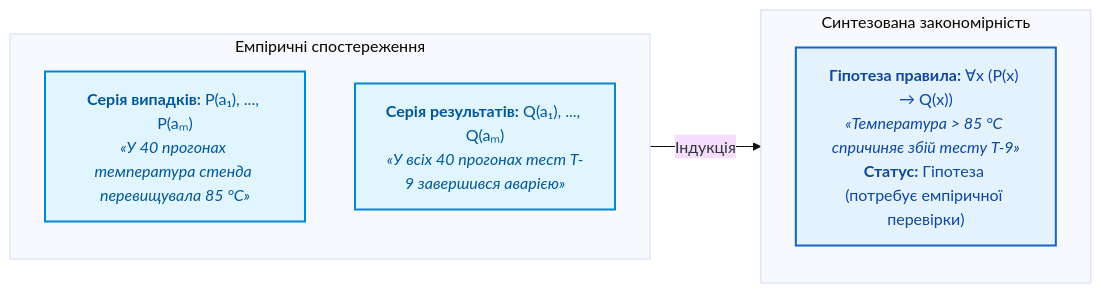
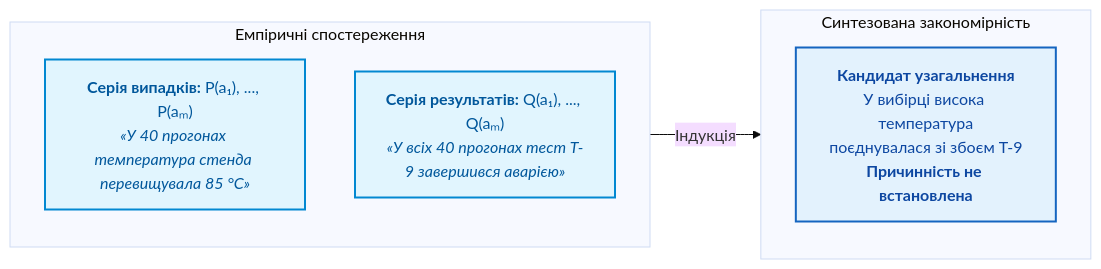
One commit to nick-fedchik/articles changed the third of 13 diagrams in ExpertSystem/ch06-applied-mathematics-for-expert-systems.md. Above: the diagram before and after it, drawn with Mermaid (base theme). The commit also changed other lines of this file and 19 other files, not shown here.

````diff
--- a/ExpertSystem/ch06-applied-mathematics-for-expert-systems.md
+++ b/ExpertSystem/ch06-applied-mathematics-for-expert-systems.md
@@ -559,22 +595,22 @@
 ```mermaid
 flowchart LR
     accTitle: Індуктивне узагальнення за Чарльзом Пірсом
     accDescr: Індукція на основі емпіричних спостережень формулює гіпотезу загального правила.
 
     subgraph Observations["Емпіричні спостереження"]
         direction TB
         I_C["<b>Серія випадків:</b> P(a₁), ..., P(aₘ)<br/><i>«У 40 прогонах температура стенда перевищувала 85 °C»</i>"]
         I_R["<b>Серія результатів:</b> Q(a₁), ..., Q(aₘ)<br/><i>«У всіх 40 прогонах тест T-9 завершився аварією»</i>"]
     end
 
     subgraph Hypothesis["Синтезована закономірність"]
-        I_RULE["<b>Гіпотеза правила:</b> ∀x (P(x) → Q(x))<br/><i>«Температура > 85 °C спричиняє збій тесту T-9»</i><br/><b>Статус:</b> Гіпотеза (потребує емпіричної перевірки)"]
+        I_RULE["<b>Кандидат узагальнення</b><br/>У вибірці висока температура<br/>поєднувалася зі збоєм T-9<br/><b>Причинність не встановлена</b>"]
     end
 
     Observations -->|Індукція| Hypothesis
 
     classDef obs fill:#e1f5fe,stroke:#0288d1,stroke-width:2px,color:#01579b;
     classDef hyp fill:#e3f2fd,stroke:#1565c0,stroke-width:2px,color:#0d47a1;
     class I_C,I_R obs;
     class I_RULE hyp;
 ```
````
